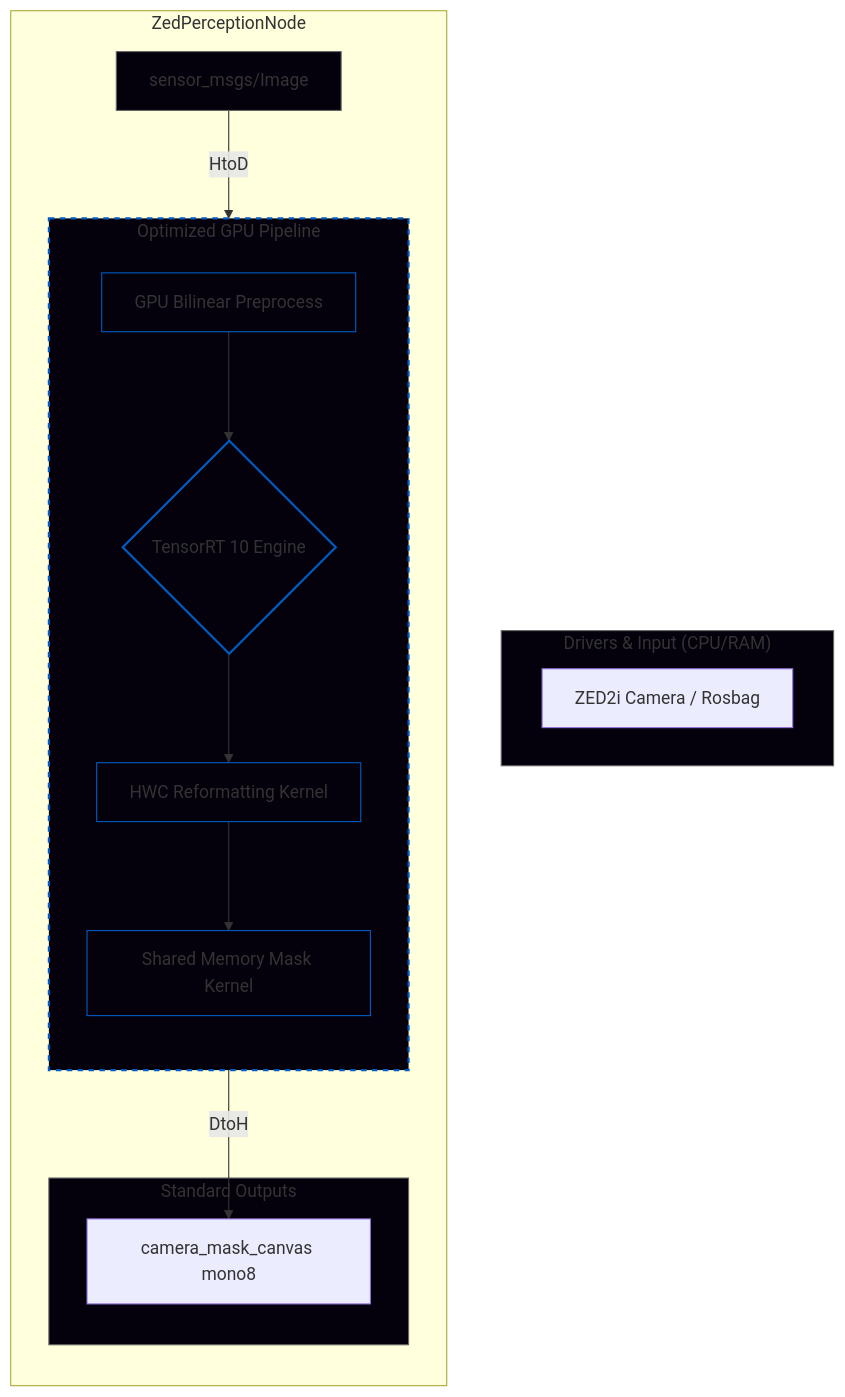
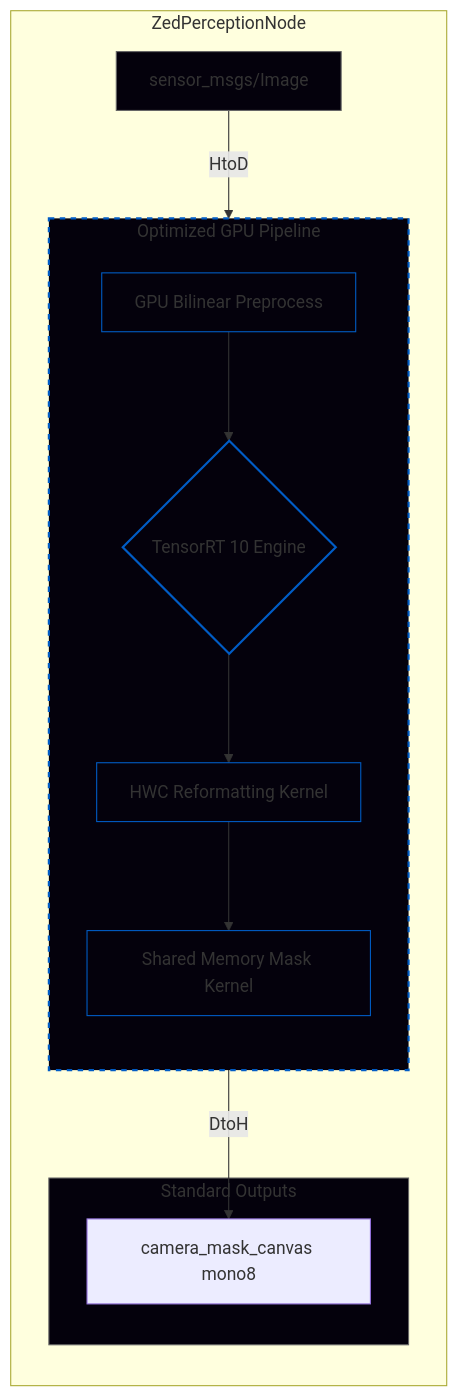
Before and after one commit to lorefargio/Camera_based_Cone_Detection: the first of 2 diagrams in README.md, drawn with Mermaid. The commit also changed other lines of this file, not shown here.

````diff
--- a/README.md
+++ b/README.md
@@ -9,40 +9,35 @@
 ```mermaid
 graph TD
-    subgraph Drivers ["Drivers & Input (CPU/RAM)"]
-        ZED[ZED2i Camera / Rosbag]
-    end
-
     subgraph Node ["ZedPerceptionNode"]
         direction TB
         IMG[sensor_msgs/Image]
         
         subgraph Pipeline ["Optimized GPU Pipeline"]
             direction TB
             PRE[GPU Bilinear Preprocess]
             TRT{TensorRT 10 Engine}
             REF[HWC Reformatting Kernel]
             POST[Shared Memory Mask Kernel]
             
             PRE --> TRT
             TRT --> REF
             REF --> POST
         end
 
         subgraph Outputs ["Standard Outputs"]
             MC[camera_mask_canvas mono8]
         end
         
         IMG -->|HtoD| PRE
         POST -->|DtoH| MC
     end
 
     %% Styling
-    style Drivers fill:#04010C,stroke:#666,stroke-width:1px
     style IMG fill:#04010C,stroke:#666,stroke-width:1px
     style Outputs fill:#04010C,stroke:#666,stroke-width:1px
     style Pipeline fill:#04010C,stroke:#005cc5,stroke-width:2px,stroke-dasharray: 5 5
     style PRE fill:#04010C,stroke:#005cc5,stroke-width:1px
     style TRT fill:#04010C,stroke:#005cc5,stroke-width:2px
     style REF fill:#04010C,stroke:#005cc5,stroke-width:1px
     style POST fill:#04010C,stroke:#005cc5,stroke-width:1px
 ```
````
